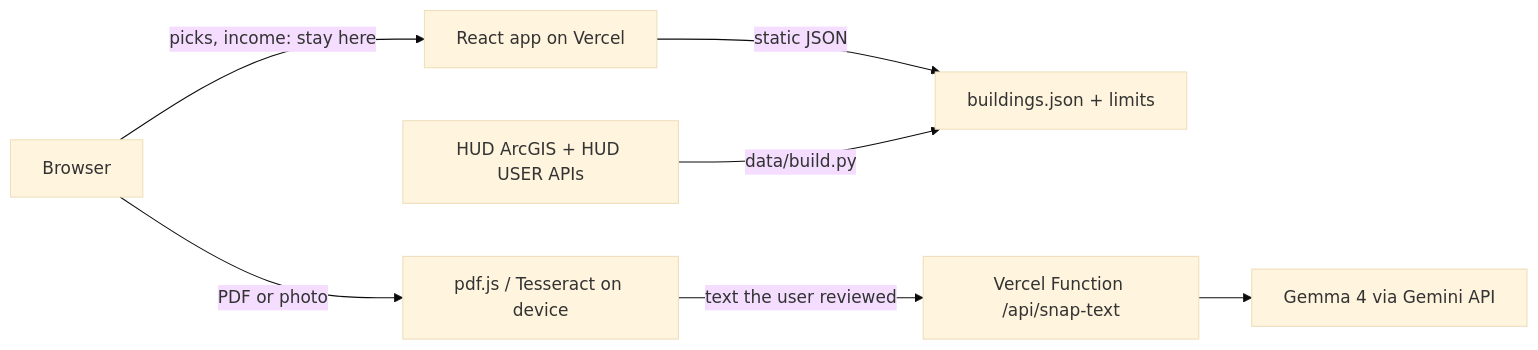
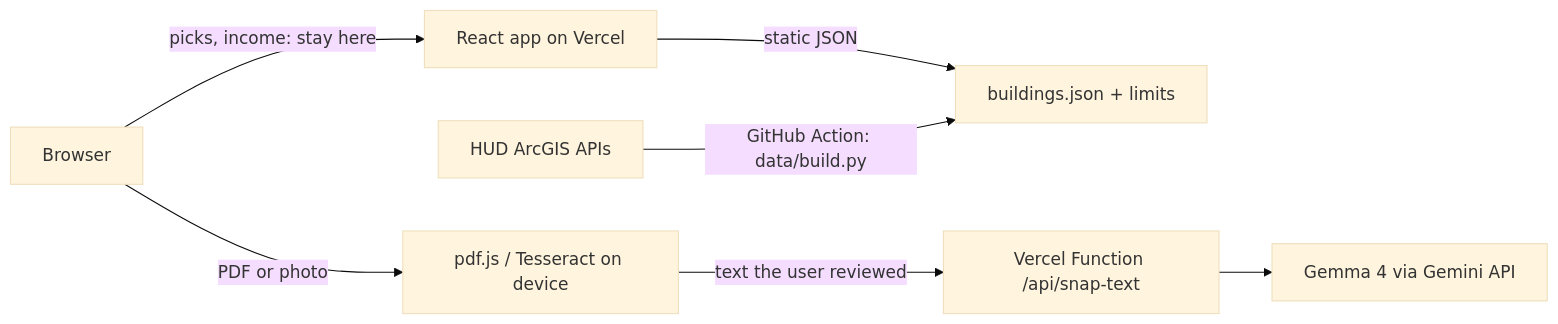
One commit to prateekm30/GDGHACKS changed the diagram in README.md. Above: the diagram before and after it, drawn with Mermaid (base theme). The commit also changed other lines of this file, not shown here.

First line of the commit message:
Document the data workflow and sources in the README

````diff
--- a/README.md
+++ b/README.md
@@ -31,9 +31,9 @@
 ```mermaid
 flowchart LR
   U[Browser] -->|picks, income: stay here| APP[React app on Vercel]
   APP -->|static JSON| DATA[buildings.json + limits]
   U -->|PDF or photo| OCR[pdf.js / Tesseract on device]
   OCR -->|text the user reviewed| API[Vercel Function /api/snap-text]
   API --> G[Gemma 4 via Gemini API]
-  HUD[HUD ArcGIS + HUD USER APIs] -->|data/build.py| DATA
+  HUD[HUD ArcGIS APIs] -->|GitHub Action: data/build.py| DATA
 ```
````
